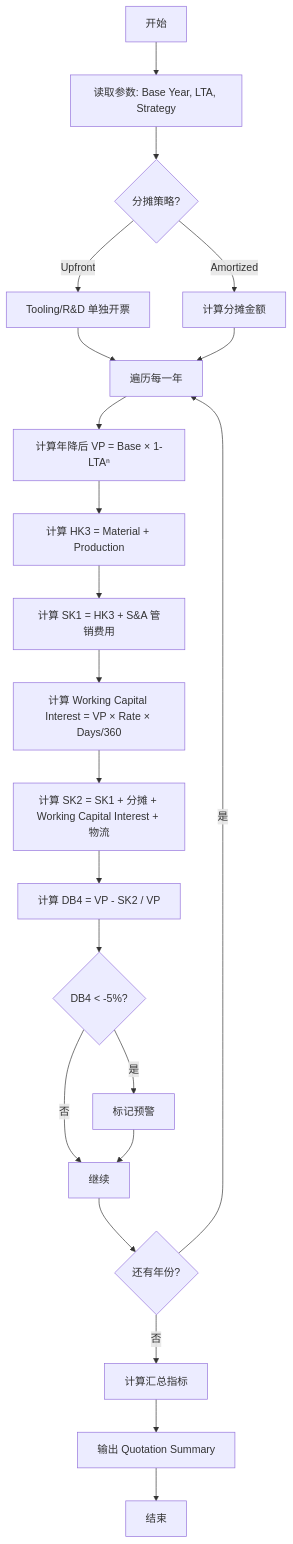
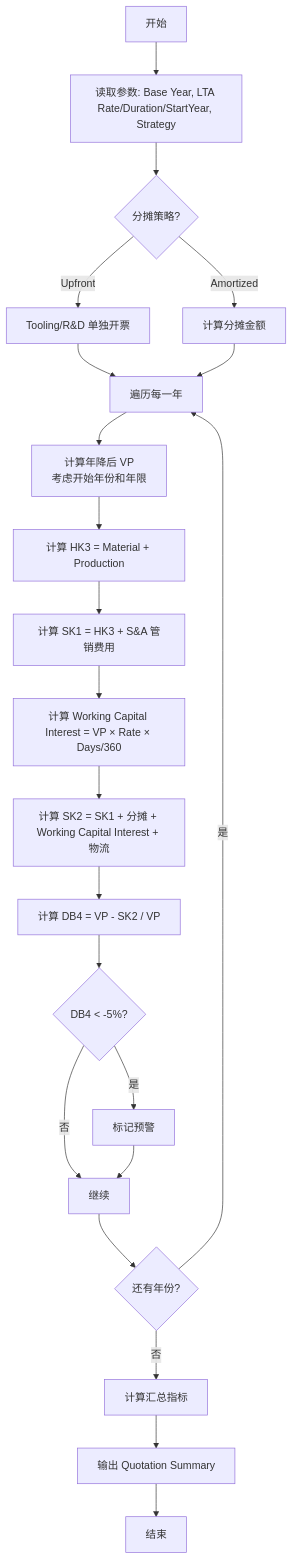
The diagram in docs/报价汇总计算逻辑.md (randyluo85/Quoting-Copilot), drawn with Mermaid before and after one commit.

Commit message:
auto: claude changes

````diff
--- a/docs/报价汇总计算逻辑.md
+++ b/docs/报价汇总计算逻辑.md
@@ -308,24 +308,24 @@
 ```mermaid
 flowchart TD
-    A[开始] --> B[读取参数: Base Year, LTA, Strategy]
+    A[开始] --> B[读取参数: Base Year, LTA Rate/Duration/StartYear, Strategy]
     B --> C{分摊策略?}
     C -->|Upfront| D[Tooling/R&D 单独开票]
     C -->|Amortized| E[计算分摊金额]
     D --> F[遍历每一年]
     E --> F
-    F --> G[计算年降后 VP = Base × 1-LTAⁿ]
+    F --> G[计算年降后 VP<br/>考虑开始年份和年限]
     G --> H[计算 HK3 = Material + Production]
     H --> I[计算 SK1 = HK3 + S&A 管销费用]
     I --> J[计算 Working Capital Interest = VP × Rate × Days/360]
     J --> K[计算 SK2 = SK1 + 分摊 + Working Capital Interest + 物流]
     K --> L[计算 DB4 = VP - SK2 / VP]
     L --> M{DB4 < -5%?}
     M -->|是| N[标记预警]
     M -->|否| O[继续]
     N --> O
     O --> P{还有年份?}
     P -->|是| F
     P -->|否| Q[计算汇总指标]
     Q --> R[输出 Quotation Summary]
     R --> S[结束]
 ```
````
